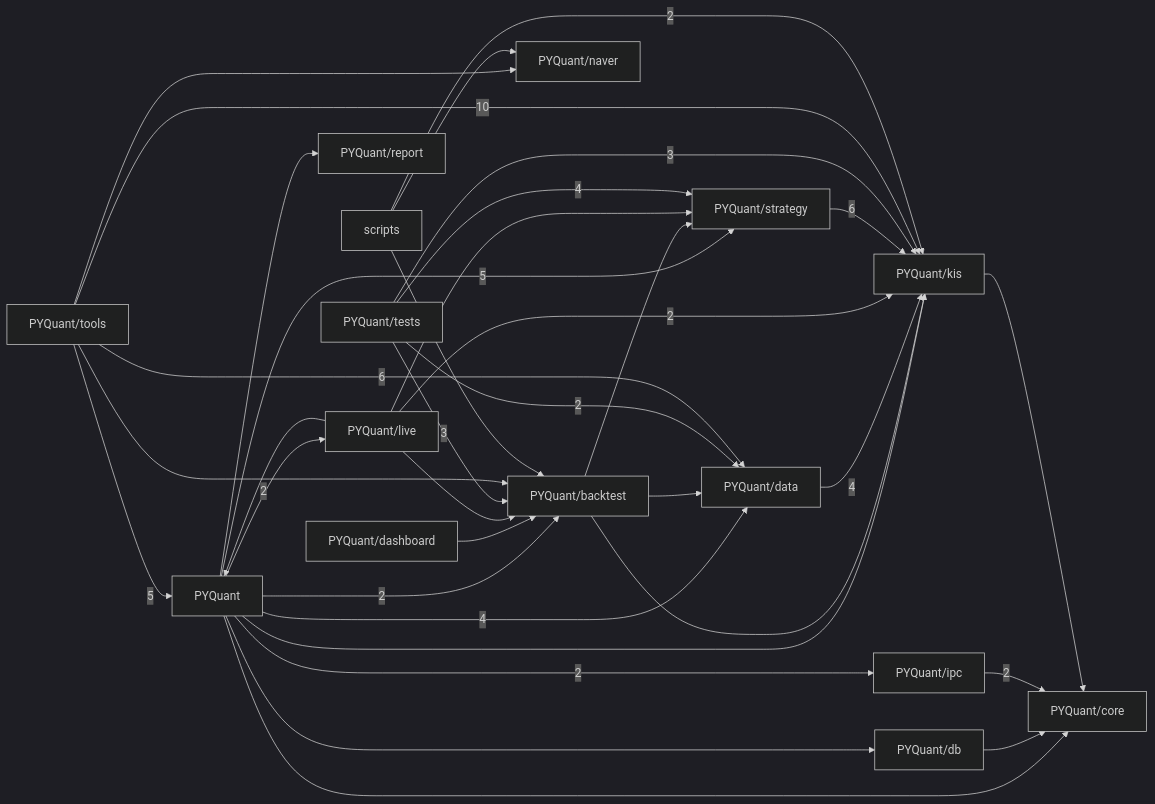
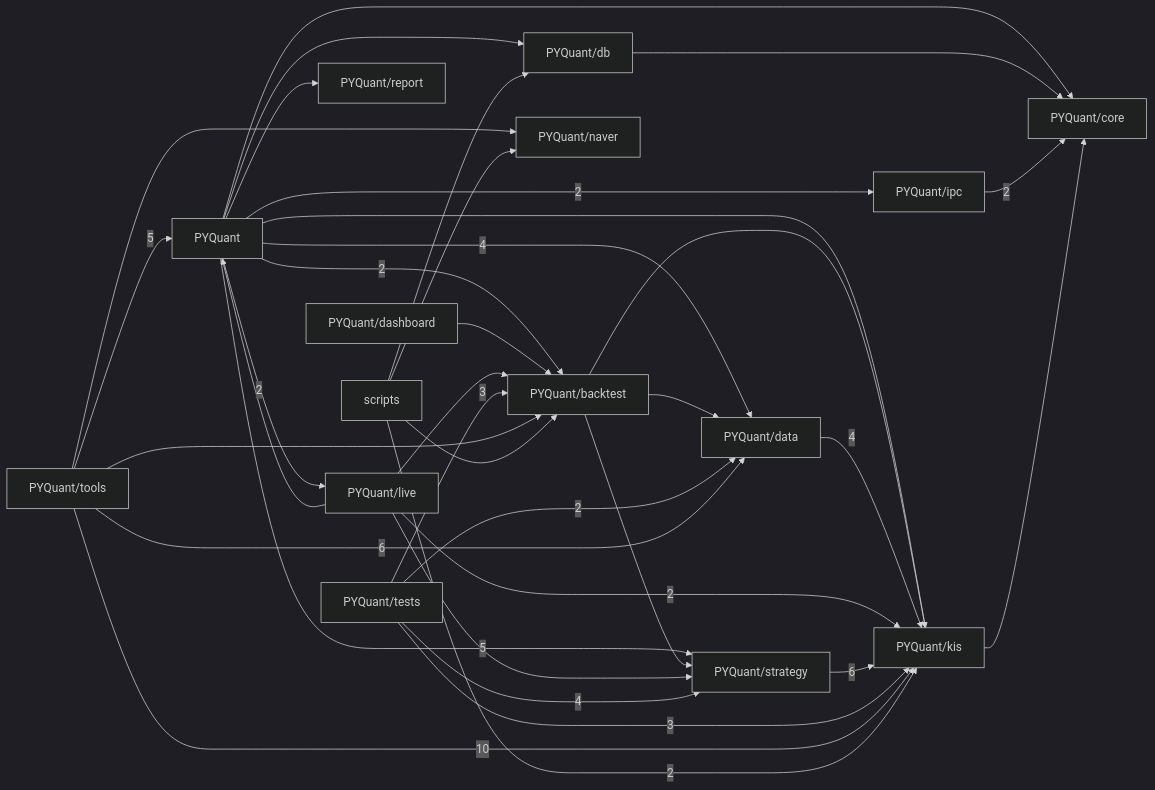
Before and after one commit to pypy8171/Quant: the third of 3 diagrams in docs/CODE_GRAPH.md, drawn with Mermaid (dark theme). The commit also changed other lines of this file and 11 other files, not shown here.

````diff
--- a/docs/CODE_GRAPH.md
+++ b/docs/CODE_GRAPH.md
@@ -373,52 +373,53 @@
 ```mermaid
 graph LR
   p_PYQuant["PYQuant"]
   p_PYQuant_backtest["PYQuant/backtest"]
   p_PYQuant_core["PYQuant/core"]
   p_PYQuant_dashboard["PYQuant/dashboard"]
   p_PYQuant_data["PYQuant/data"]
   p_PYQuant_db["PYQuant/db"]
   p_PYQuant_ipc["PYQuant/ipc"]
   p_PYQuant_kis["PYQuant/kis"]
   p_PYQuant_live["PYQuant/live"]
   p_PYQuant_naver["PYQuant/naver"]
   p_PYQuant_report["PYQuant/report"]
   p_PYQuant_strategy["PYQuant/strategy"]
   p_PYQuant_tests["PYQuant/tests"]
   p_PYQuant_tools["PYQuant/tools"]
   p_scripts["scripts"]
   p_PYQuant -->|2| p_PYQuant_backtest
   p_PYQuant --> p_PYQuant_core
   p_PYQuant -->|4| p_PYQuant_data
   p_PYQuant --> p_PYQuant_db
   p_PYQuant -->|2| p_PYQuant_ipc
   p_PYQuant --> p_PYQuant_kis
   p_PYQuant -->|2| p_PYQuant_live
   p_PYQuant --> p_PYQuant_report
   p_PYQuant -->|5| p_PYQuant_strategy
   p_PYQuant_backtest --> p_PYQuant_data
   p_PYQuant_backtest --> p_PYQuant_kis
   p_PYQuant_backtest --> p_PYQuant_strategy
   p_PYQuant_dashboard --> p_PYQuant_backtest
   p_PYQuant_data -->|4| p_PYQuant_kis
   p_PYQuant_db --> p_PYQuant_core
   p_PYQuant_ipc -->|2| p_PYQuant_core
   p_PYQuant_kis --> p_PYQuant_core
   p_PYQuant_live --> p_PYQuant
   p_PYQuant_live --> p_PYQuant_backtest
   p_PYQuant_live -->|2| p_PYQuant_kis
   p_PYQuant_live --> p_PYQuant_strategy
   p_PYQuant_strategy -->|6| p_PYQuant_kis
   p_PYQuant_tests -->|3| p_PYQuant_backtest
   p_PYQuant_tests -->|2| p_PYQuant_data
   p_PYQuant_tests -->|3| p_PYQuant_kis
   p_PYQuant_tests -->|4| p_PYQuant_strategy
   p_PYQuant_tools -->|5| p_PYQuant
   p_PYQuant_tools --> p_PYQuant_backtest
   p_PYQuant_tools -->|6| p_PYQuant_data
   p_PYQuant_tools -->|10| p_PYQuant_kis
   p_PYQuant_tools --> p_PYQuant_naver
   p_scripts --> p_PYQuant_backtest
+  p_scripts --> p_PYQuant_db
   p_scripts -->|2| p_PYQuant_kis
   p_scripts --> p_PYQuant_naver
 ```
````
